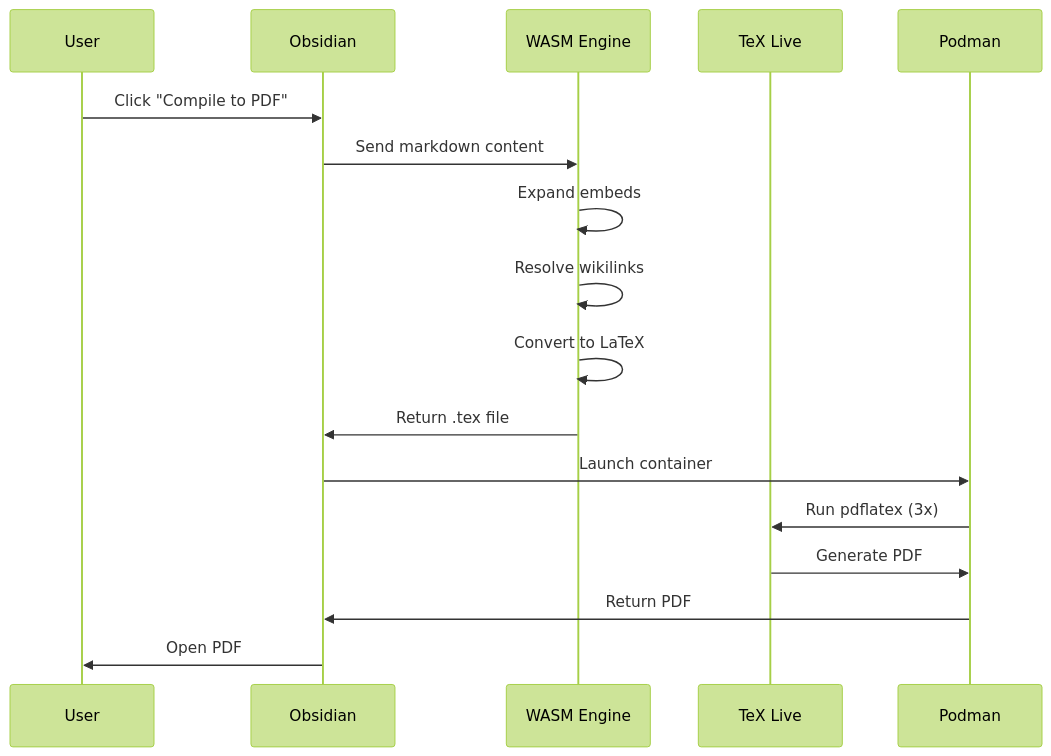
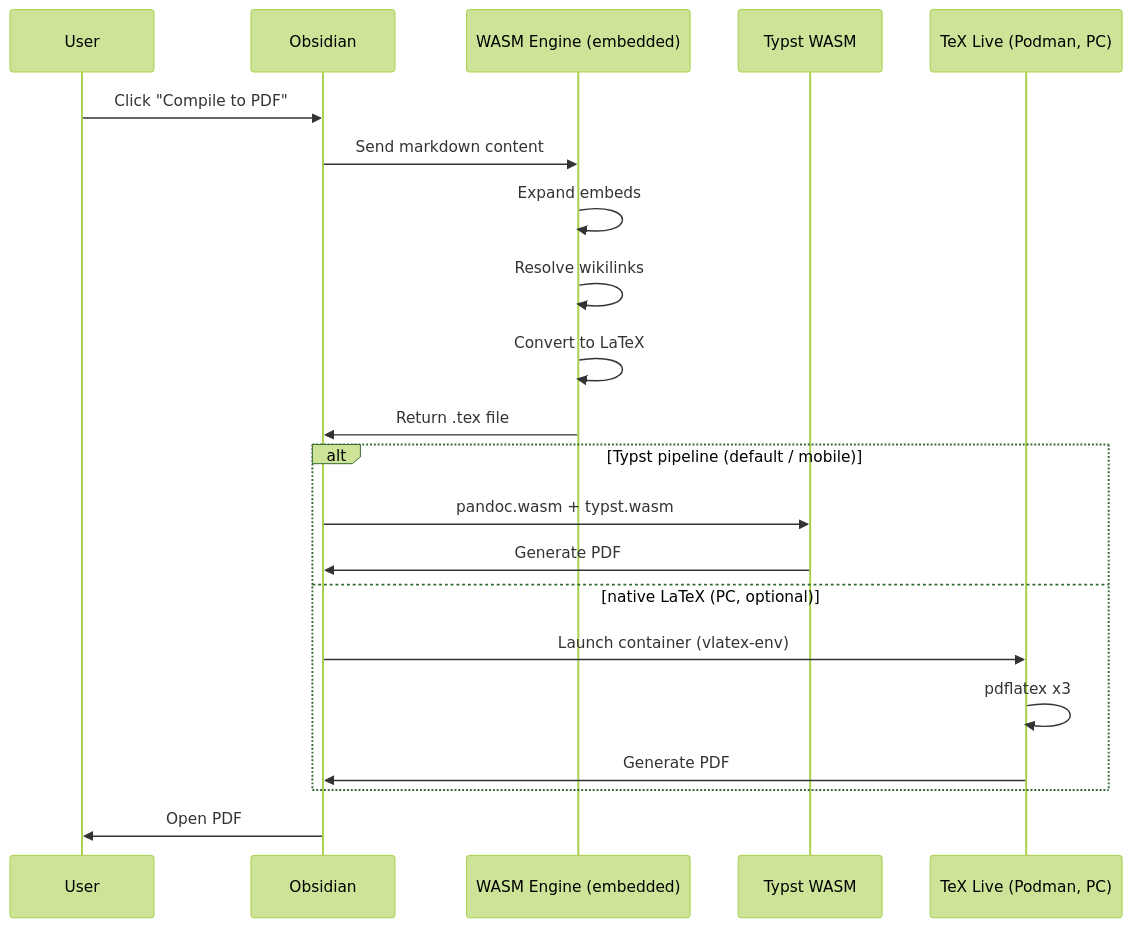
Before and after one commit to dvrch/mergdown2tex: the second of 2 diagrams in docs/index.md, drawn with Mermaid (forest theme). The commit also changed other lines of this file and 17 other files, not shown here.

````diff
--- a/docs/index.md
+++ b/docs/index.md
@@ -96,20 +96,24 @@
 ```mermaid
 sequenceDiagram
     participant U as User
     participant O as Obsidian
-    participant W as WASM Engine
-    participant T as TeX Live
-    participant P as Podman
+    participant W as WASM Engine (embedded)
+    participant T as Typst WASM
+    participant L as TeX Live (Podman, PC)
 
     U->>O: Click "Compile to PDF"
     O->>W: Send markdown content
     W->>W: Expand embeds
     W->>W: Resolve wikilinks
     W->>W: Convert to LaTeX
     W->>O: Return .tex file
-    O->>P: Launch container
-    P->>T: Run pdflatex (3x)
-    T->>P: Generate PDF
-    P->>O: Return PDF
+    alt Typst pipeline (default / mobile)
+        O->>T: pandoc.wasm + typst.wasm
+        T->>O: Generate PDF
+    else native LaTeX (PC, optional)
+        O->>L: Launch container (vlatex-env)
+        L->>L: pdflatex x3
+        L->>O: Generate PDF
+    end
     O->>U: Open PDF
 ```
````
